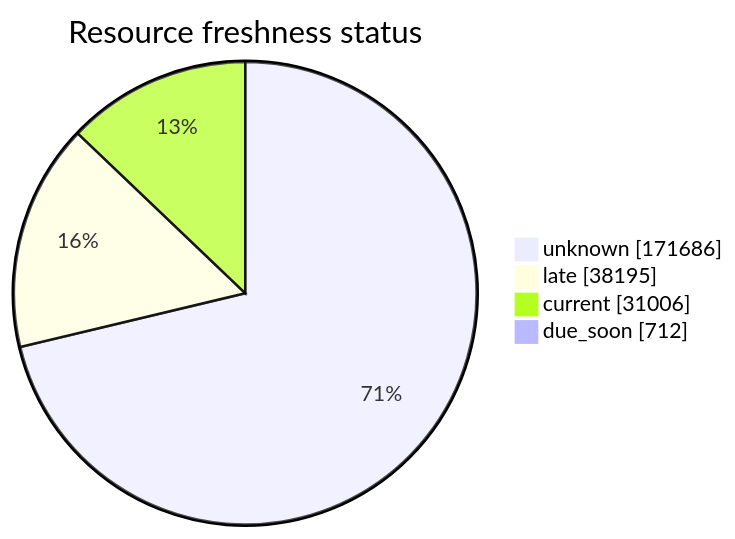
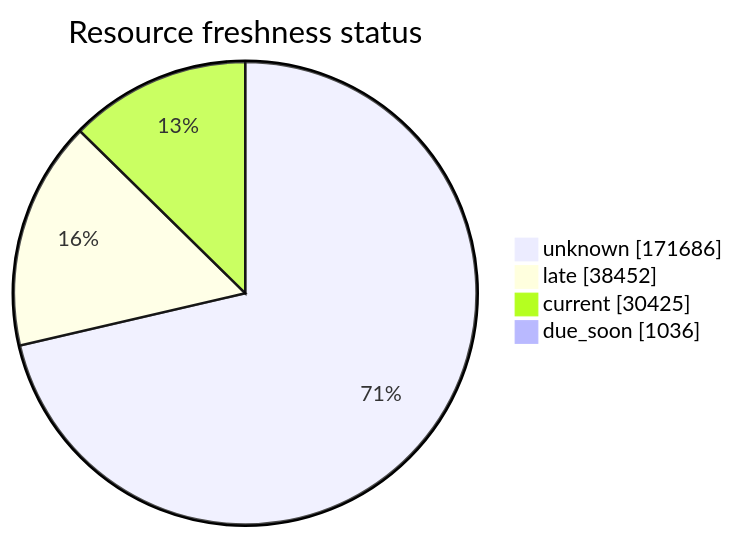
One commit to open-data/analytics-corporate-reporting changed the third of 5 diagrams in FreshCheck/README.md. Above: the diagram before and after it, drawn with Mermaid. The commit also changed other lines of this file and 3 other files, not shown here.

````diff
--- a/FreshCheck/README.md
+++ b/FreshCheck/README.md
@@ -77,7 +77,7 @@
 ```mermaid
 pie showData title Resource freshness status
     "unknown": 171686
-    "late": 38195
-    "current": 31006
-    "due_soon": 712
+    "late": 38452
+    "current": 30425
+    "due_soon": 1036
 ```
````
